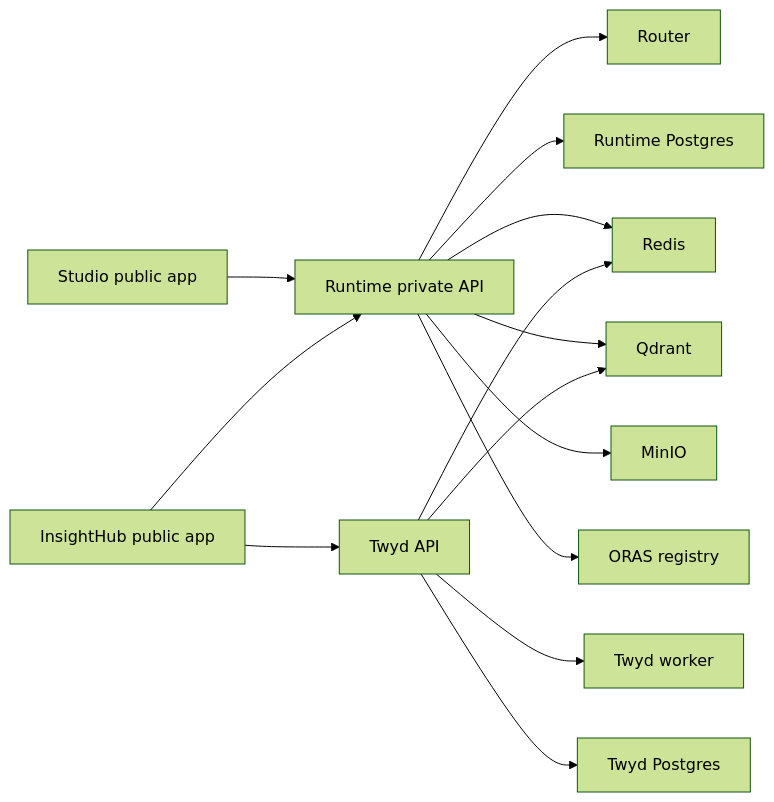
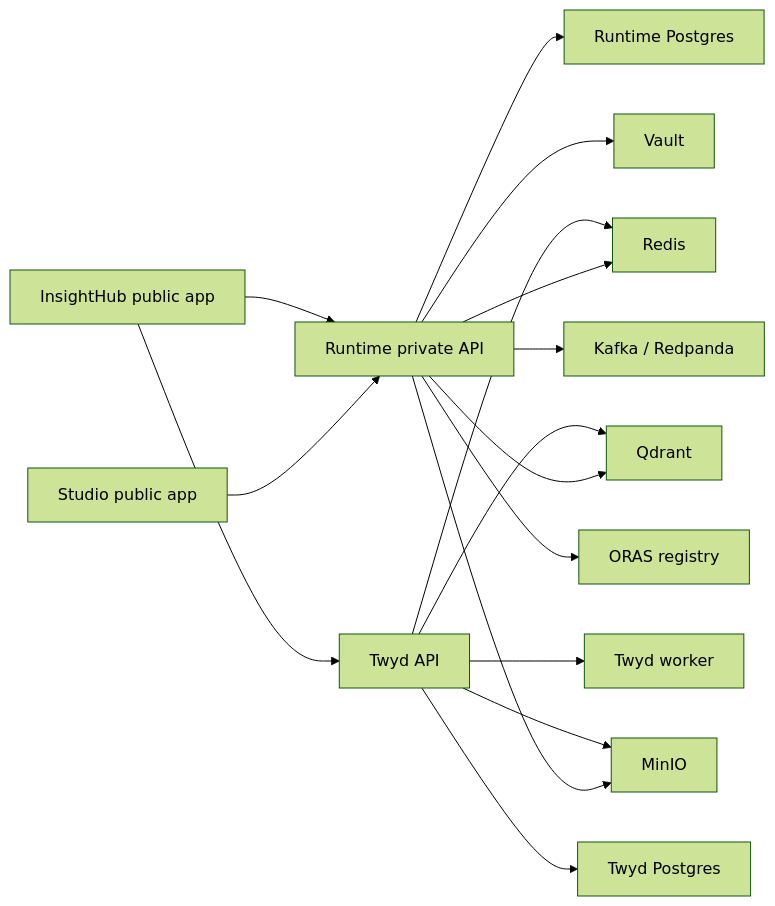
Before and after one commit to Alquimia-ai/docs: the diagram in getting-started/railway.mdx, drawn with Mermaid (forest theme). The commit also changed other lines of this file, not shown here.

````diff
--- a/getting-started/railway.mdx
+++ b/getting-started/railway.mdx
@@ -10,16 +14,18 @@
 ```mermaid
 flowchart LR
   Studio["Studio public app"] --> Runtime["Runtime private API"]
   InsightHub["InsightHub public app"] --> Runtime
   InsightHub --> TwydAPI["Twyd API"]
   TwydAPI --> TwydWorker["Twyd worker"]
-  Runtime --> Router["Router"]
   Runtime --> RuntimeDB["Runtime Postgres"]
+  TwydAPI --> TwydDB["Twyd Postgres"]
   Runtime --> Redis["Redis"]
+  TwydAPI --> Redis
   Runtime --> Qdrant["Qdrant"]
+  TwydAPI --> Qdrant
   Runtime --> MinIO["MinIO"]
+  TwydAPI --> MinIO
+  Runtime --> Vault["Vault"]
+  Runtime --> Kafka["Kafka / Redpanda"]
   Runtime --> ORAS["ORAS registry"]
-  TwydAPI --> TwydDB["Twyd Postgres"]
-  TwydAPI --> Redis
-  TwydAPI --> Qdrant
 ```
````
